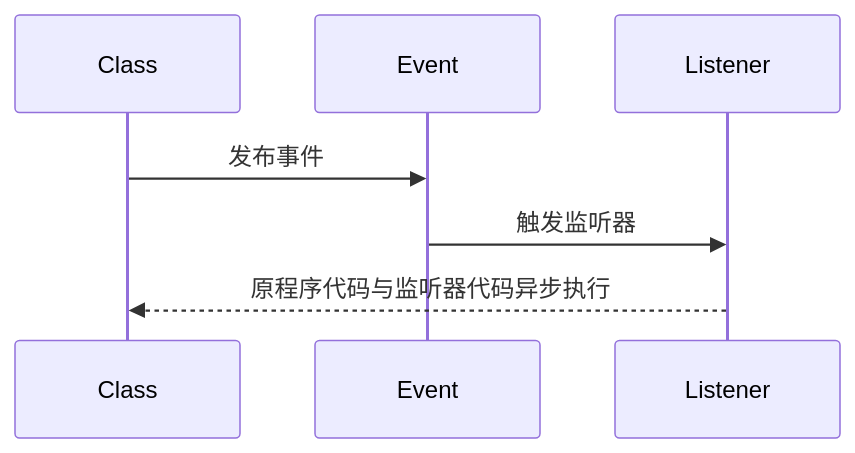
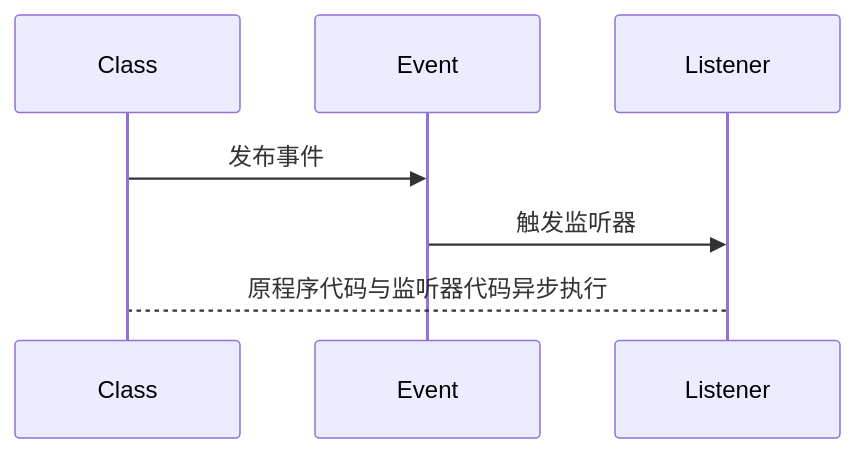
One commit to poppop9/obsidian changed diagram 11 of 13 in 临时笔记/MarkDown 语法.md. Above: the diagram before and after it, drawn with Mermaid. The commit also changed 5 other files, not shown here.

````diff
--- a/临时笔记/MarkDown 语法.md
+++ b/临时笔记/MarkDown 语法.md
@@ -378,10 +378,10 @@
 ```mermaid
 sequenceDiagram
     participant 类 as Class
     participant 事件 as Event
     participant 监听器 as Listener
     
     类->>事件: 发布事件
     事件->>监听器: 触发监听器
-    监听器-->>类: 原程序代码与监听器代码异步执行
+    监听器-->类: 原程序代码与监听器代码异步执行
 ```
````
